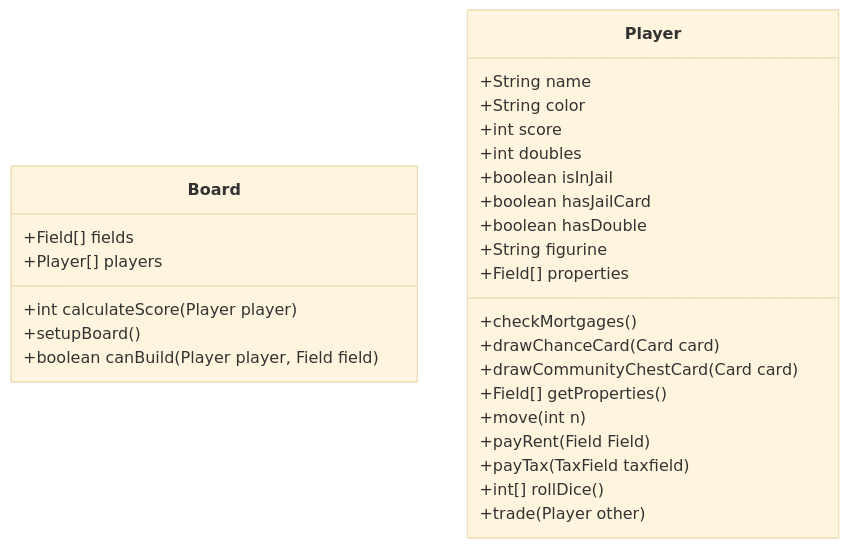
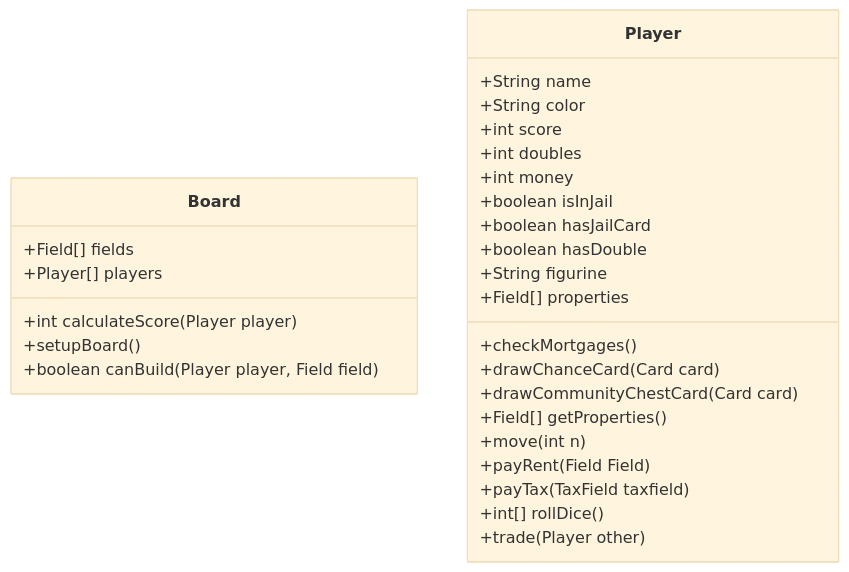
Before and after one commit to mhmFrost/Monopoly: the second of 2 diagrams in classdiagramm.md, drawn with Mermaid (base theme).

Commit message:
adjusted classdiagramm

````diff
--- a/classdiagramm.md
+++ b/classdiagramm.md
@@ -58,30 +58,31 @@
 ``` mermaid
 classDiagram
 class Board{
 +Field[] fields
 +Player[] players
 +int calculateScore(Player player)
 +setupBoard()
 +boolean canBuild(Player player, Field field)
 }
 class Player{
 +String name
 +String color
 +int score
 +int doubles
++int money
 +boolean isInJail
 +boolean hasJailCard
 +boolean hasDouble
 +String figurine
 +Field[] properties
 +checkMortgages()
 +drawChanceCard(Card card)
 +drawCommunityChestCard(Card card)
 +Field[] getProperties()
 +move(int n)
 +payRent(Field Field)
 +payTax(TaxField taxfield)
 +int[] rollDice()
 +trade(Player other)
 }
 ```
````
